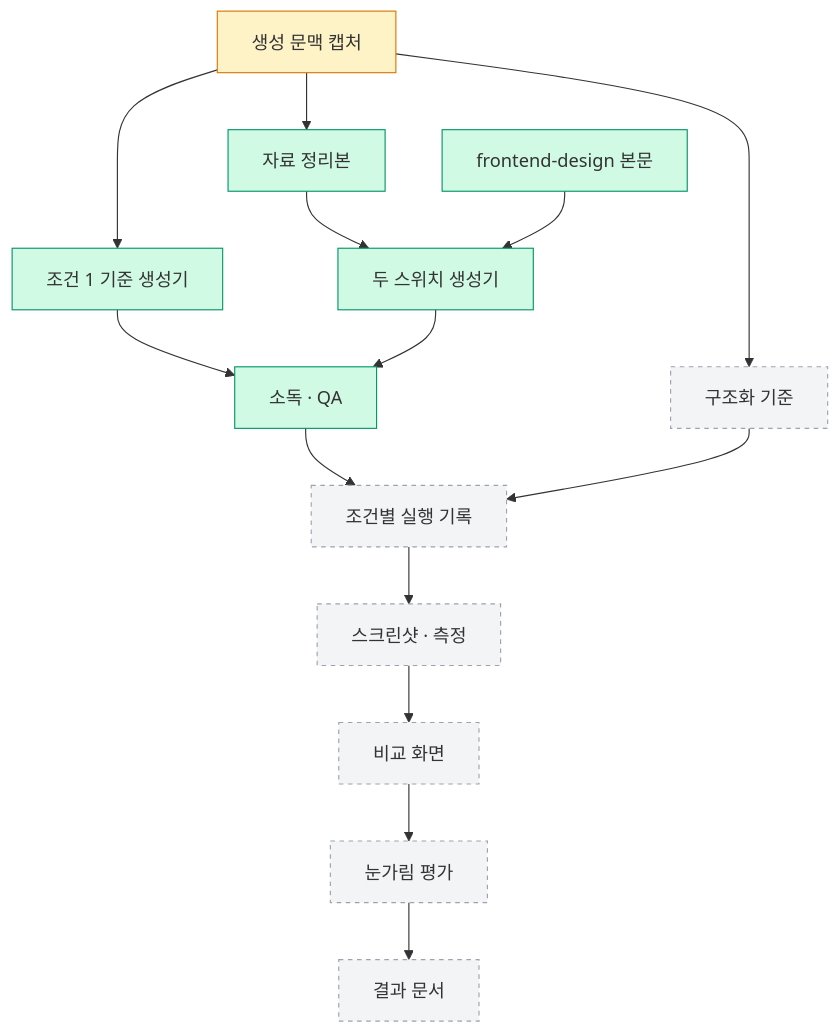
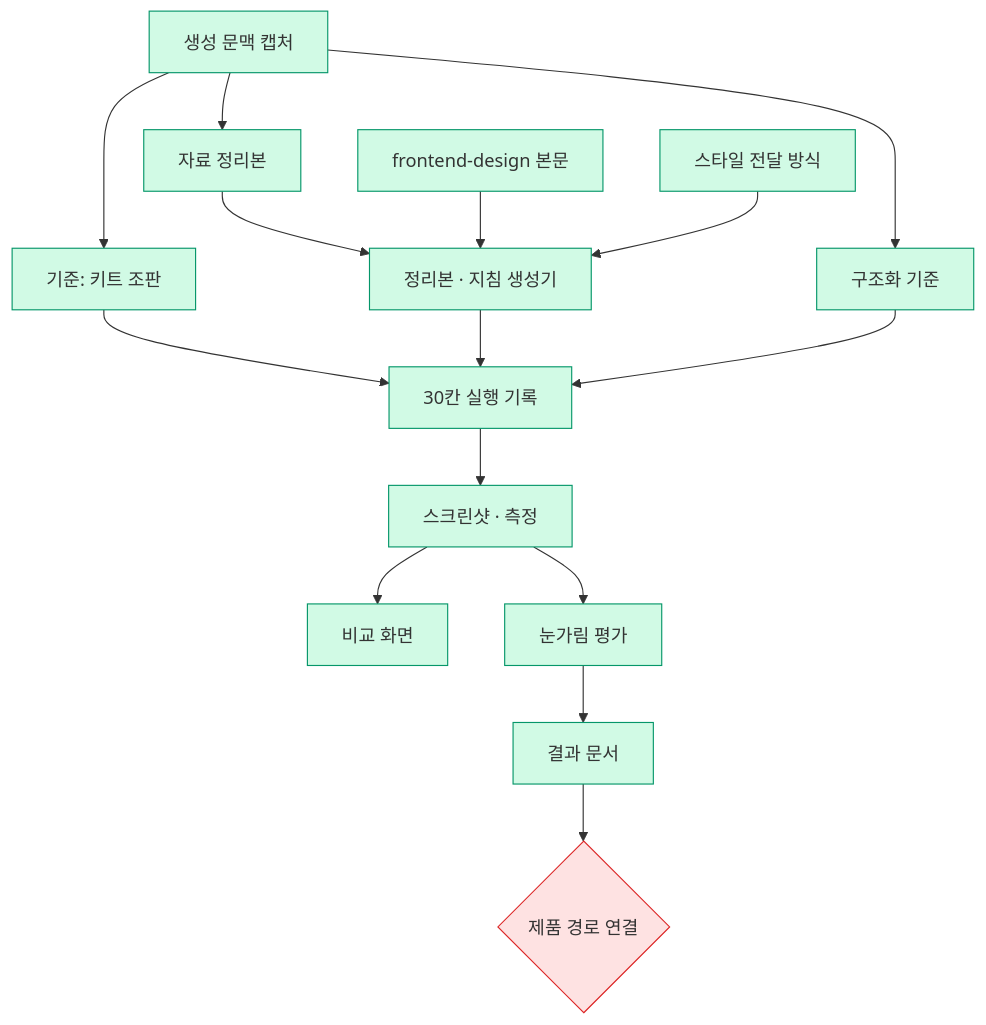
One commit to Expresso-Organization/expresso changed the diagram in .sitrep/sessions/20261115-1500-free-generation-lab/arch.mmd. Above: the diagram before and after it, drawn with Mermaid. The commit also changed 282 other files, not shown here.

Commit message:
docs: 자유 생성 실험 결과와 조건별 지면 · 측정 · 눈가림 평가

```diff
--- a/.sitrep/sessions/20261115-1500-free-generation-lab/arch.mmd
+++ b/.sitrep/sessions/20261115-1500-free-generation-lab/arch.mmd
@@ -1,22 +1,22 @@
 flowchart TD
-  CTX[생성 문맥 캡처] --> BASE[조건 1 기준 생성기]
+  CTX[생성 문맥 캡처] --> BASE[기준: 키트 조판]
   CTX --> BRIEF[자료 정리본]
-  BRIEF --> LAB[두 스위치 생성기]
+  BRIEF --> LAB[정리본 · 지침 생성기]
   SKILL[frontend-design 본문] --> LAB
+  STYLE[스타일 전달 방식] --> LAB
   CTX --> STRUCT[구조화 기준]
-  BASE --> SAN[소독 · QA]
-  LAB --> SAN
-  SAN --> RUN[조건별 실행 기록]
+  BASE --> RUN[30칸 실행 기록]
+  LAB --> RUN
   STRUCT --> RUN
   RUN --> MEAS[스크린샷 · 측정]
   MEAS --> SHEET[비교 화면]
-  SHEET --> BLIND[눈가림 평가]
+  MEAS --> BLIND[눈가림 평가]
   BLIND --> DOC[결과 문서]
+  DOC --> WIRE{제품 경로 연결}
 
   classDef done fill:#d1fae5,stroke:#059669
   classDef doing fill:#fef3c7,stroke:#d97706
   classDef decide fill:#fee2e2,stroke:#dc2626
   classDef todo fill:#f3f4f6,stroke:#9ca3af,stroke-dasharray:4
-  class BASE,BRIEF,LAB,SKILL,SAN done
-  class CTX doing
-  class STRUCT,RUN,MEAS,SHEET,BLIND,DOC todo
+  class CTX,BASE,BRIEF,LAB,SKILL,STYLE,STRUCT,RUN,MEAS,SHEET,BLIND,DOC done
+  class WIRE decide
```
